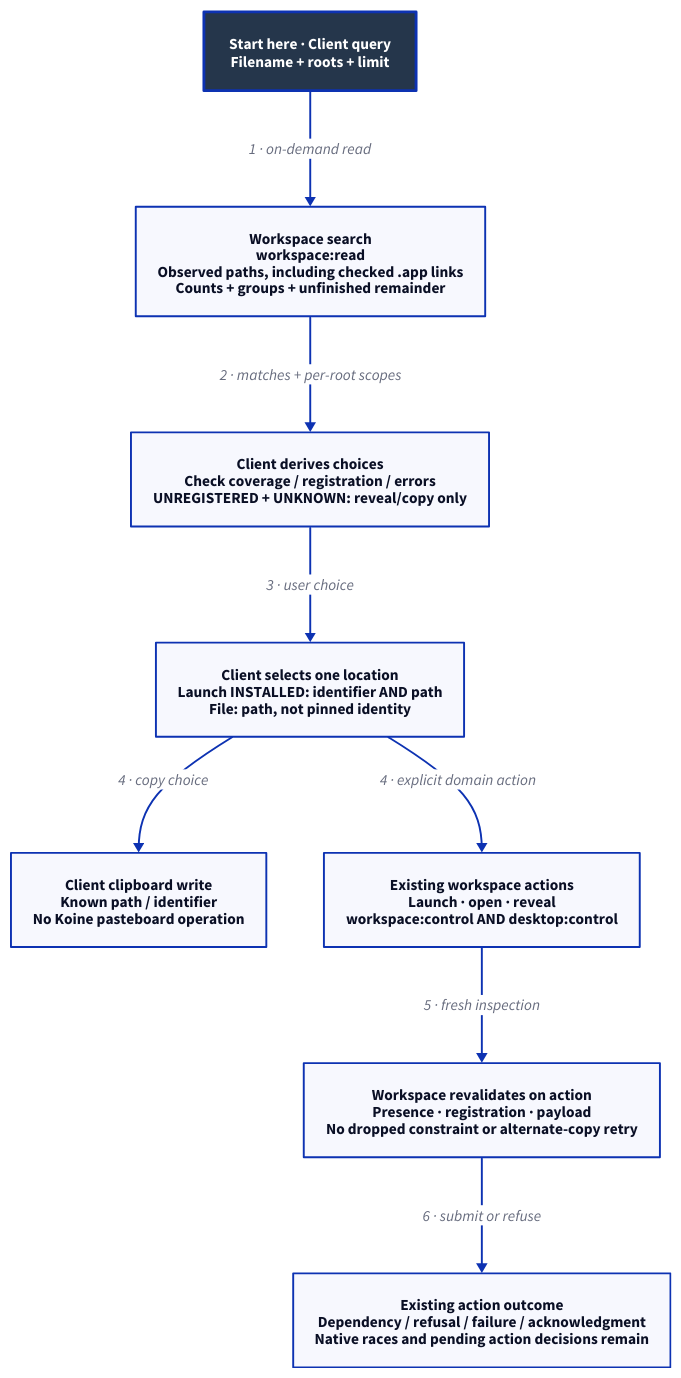
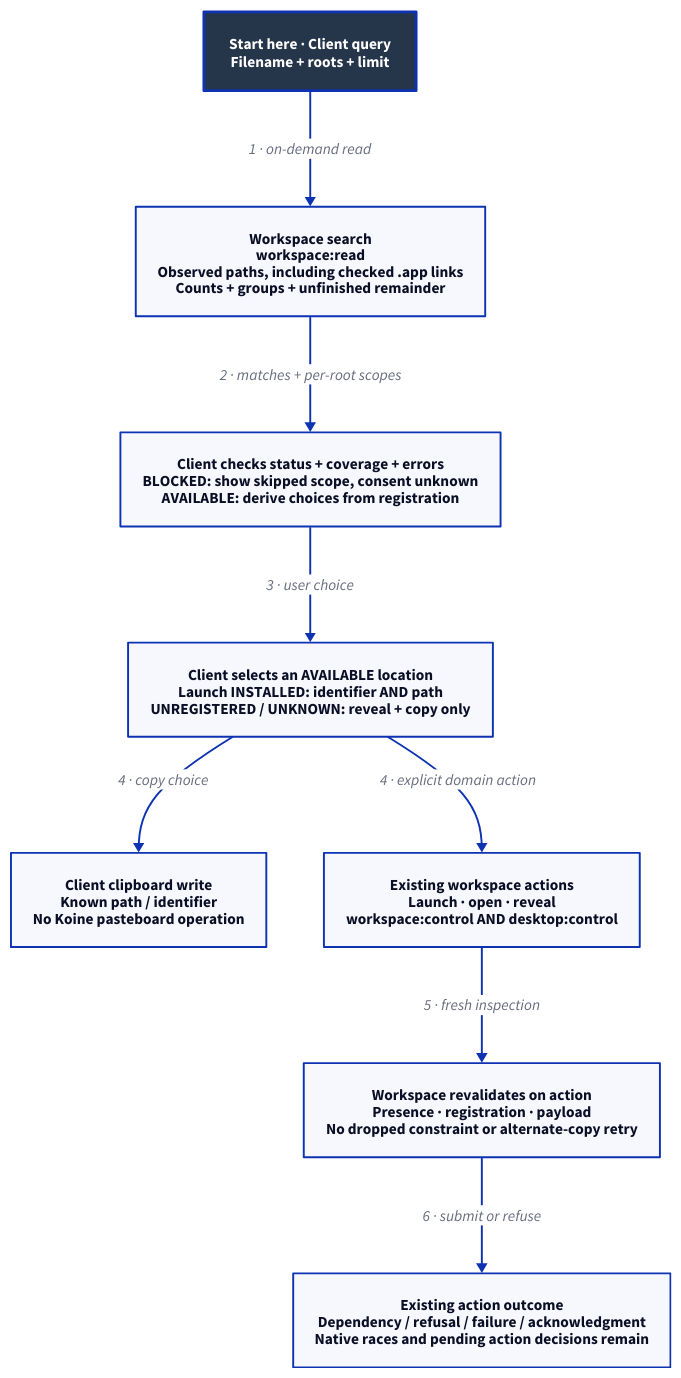
Before and after one commit to Linkuistics/Koine: the diagram in docs/design/architecture/search-handoff.d2, drawn with D2. The commit also changed 19 other files, not shown here.

```diff
--- a/docs/design/architecture/search-handoff.d2
+++ b/docs/design/architecture/search-handoff.d2
@@ -1,20 +1,20 @@
 # Designed component/data handoff. Source roles, not deployment containers.
 direction: down
 classes: {
   start: {style: {fill: "#25364B"; font-color: "#FFFFFF"; bold: true; stroke-width: 3}}
 }
 Start: "Start here · Client query\nFilename + roots + limit" {class: start}
 Search: "Workspace search\nworkspace:read\nObserved paths, including checked .app links\nCounts + groups + unfinished remainder"
-Choices: "Client derives choices\nCheck coverage / registration / errors\nUNREGISTERED + UNKNOWN: reveal/copy only"
-Selected: "Client selects one location\nLaunch INSTALLED: identifier AND path\nFile: path, not pinned identity"
+Choices: "Client checks status + coverage + errors\nBLOCKED: show skipped scope, consent unknown\nAVAILABLE: derive choices from registration"
+Selected: "Client selects an AVAILABLE location\nLaunch INSTALLED: identifier AND path\nUNREGISTERED / UNKNOWN: reveal + copy only"
 Clipboard: "Client clipboard write\nKnown path / identifier\nNo Koine pasteboard operation"
 Action: "Existing workspace actions\nLaunch · open · reveal\nworkspace:control AND desktop:control"
 Revalidate: "Workspace revalidates on action\nPresence · registration · payload\nNo dropped constraint or alternate-copy retry"
 Outcome: "Existing action outcome\nDependency / refusal / failure / acknowledgment\nNative races and pending action decisions remain"
 Start -> Search: "1 · on-demand read"
 Search -> Choices: "2 · matches + per-root scopes"
 Choices -> Selected: "3 · user choice"
 Selected -> Clipboard: "4 · copy choice"
 Selected -> Action: "4 · explicit domain action"
 Action -> Revalidate: "5 · fresh inspection"
 Revalidate -> Outcome: "6 · submit or refuse"
```
